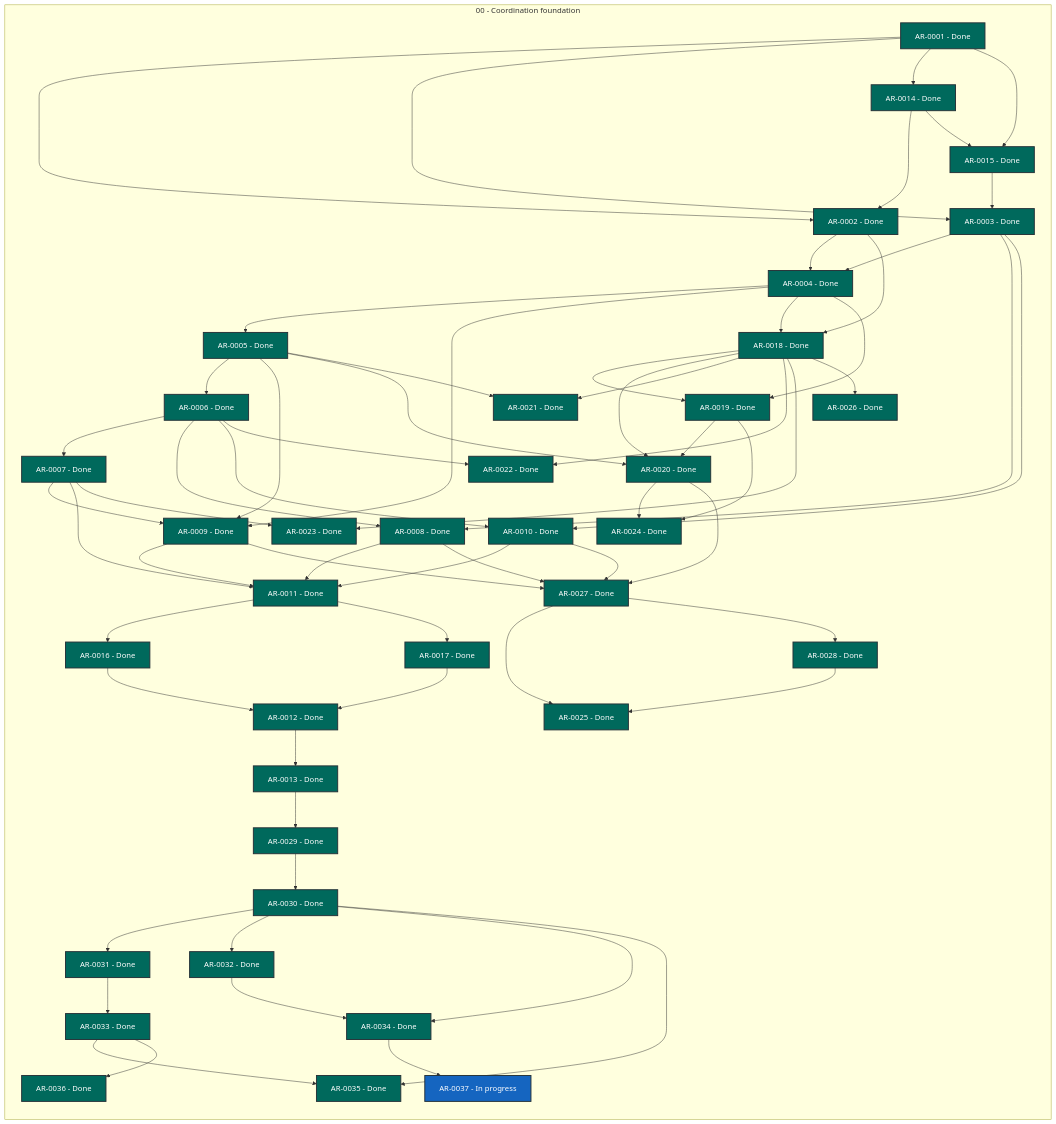
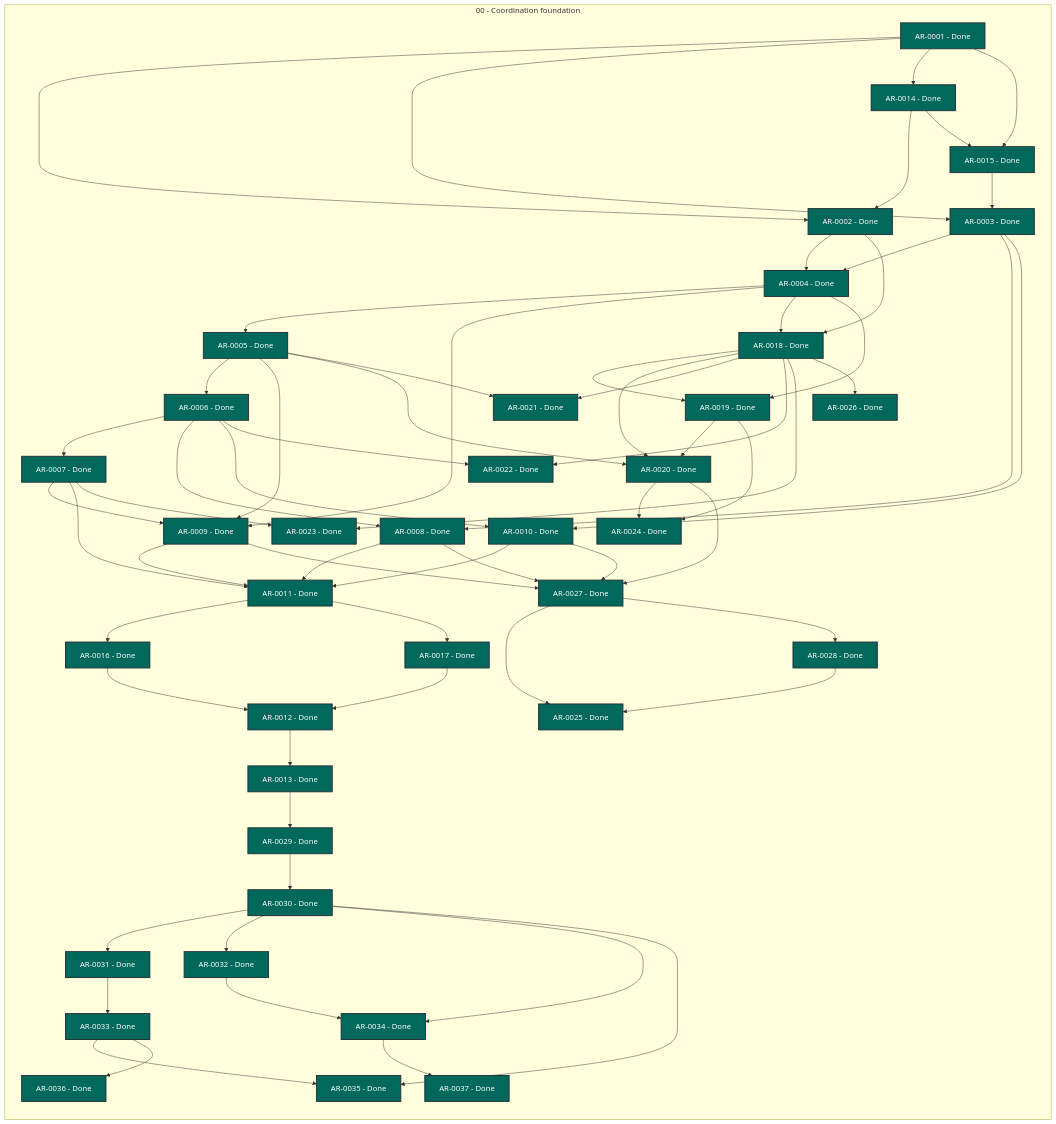
Before and after one commit to martin-beck/agent-workflow-tui-state: the diagram in STATUS.md, drawn with Mermaid. The commit also changed other lines of this file and 2 other files, not shown here.

```diff
--- a/STATUS.md
+++ b/STATUS.md
@@ -64,7 +64,7 @@
         AR_0034["AR-0034 - Done"]:::status_done
         AR_0035["AR-0035 - Done"]:::status_done
         AR_0036["AR-0036 - Done"]:::status_done
-        AR_0037["AR-0037 - In progress"]:::status_in_progress
+        AR_0037["AR-0037 - Done"]:::status_done
     end
     AR_0001 --> AR_0002
     AR_0001 --> AR_0003
```
